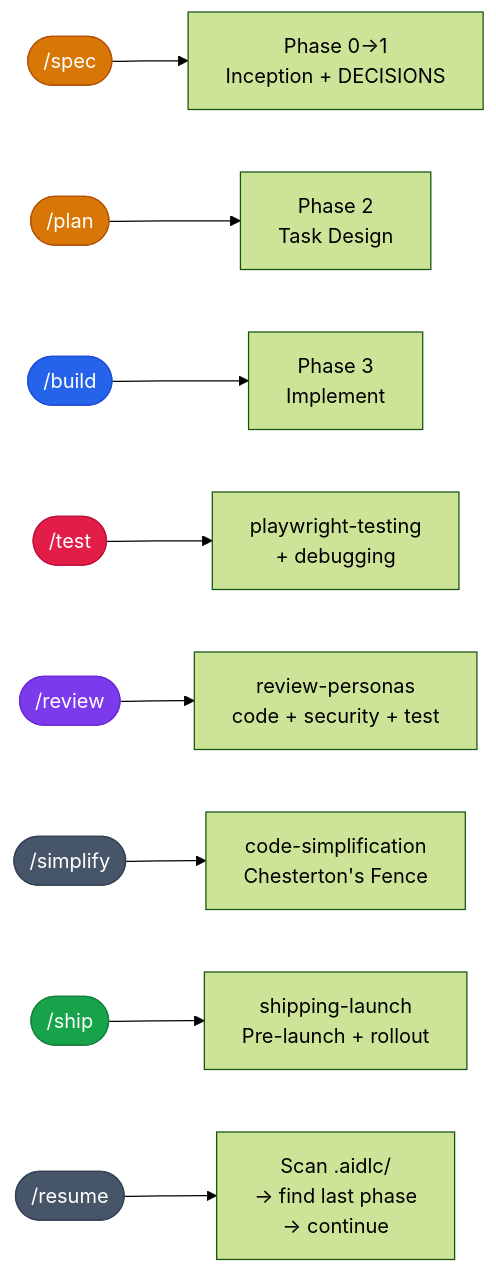
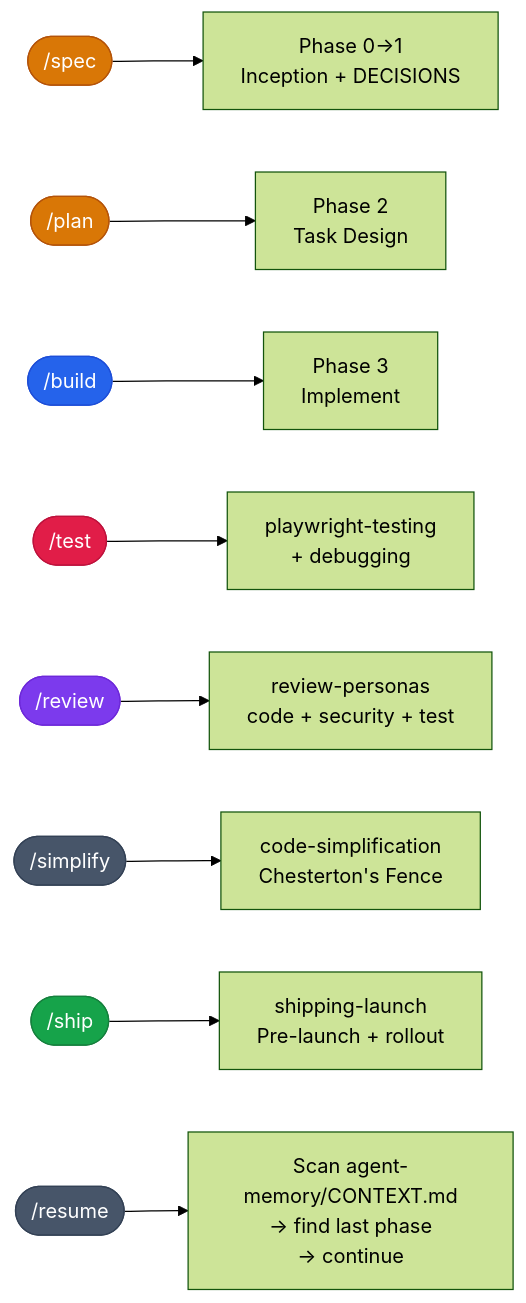
One commit to Vit129/skills changed diagram 11 of 11 in skills/aidlc/aidlc-flowchart.md. Above: the diagram before and after it, drawn with Mermaid (forest theme). The commit also changed other lines of this file and 62 other files, not shown here.

First line of the commit message:
feat: AIDLC single standard — all artifacts to agent-memory, no .aidlc/

````diff
--- a/skills/aidlc/aidlc-flowchart.md
+++ b/skills/aidlc/aidlc-flowchart.md
@@ -368,20 +368,20 @@
 ```mermaid
 flowchart LR
     Spec([/spec]) --> P01[Phase 0→1<br/>Inception + DECISIONS]
     Plan([/plan]) --> P2[Phase 2<br/>Task Design]
     Build([/build]) --> P3[Phase 3<br/>Implement]
     Test([/test]) --> QATest[playwright-testing<br/>+ debugging]
     Review([/review]) --> ReviewP[review-personas<br/>code + security + test]
     Simplify([/simplify]) --> CodeSimp[code-simplification<br/>Chesterton's Fence]
     Ship([/ship]) --> ShipL[shipping-launch<br/>Pre-launch + rollout]
-    Resume([/resume]) --> Scan[Scan .aidlc/<br/>→ find last phase<br/>→ continue]
+    Resume([/resume]) --> Scan[Scan agent-memory/CONTEXT.md<br/>→ find last phase<br/>→ continue]
 
     style Spec fill:#d97706,color:#fff,stroke:#b45309
     style Plan fill:#d97706,color:#fff,stroke:#b45309
     style Build fill:#2563eb,color:#fff,stroke:#1d4ed8
     style Test fill:#e11d48,color:#fff,stroke:#be123c
     style Review fill:#7c3aed,color:#fff,stroke:#6d28d9
     style Simplify fill:#475569,color:#fff,stroke:#334155
     style Ship fill:#16a34a,color:#fff,stroke:#15803d
     style Resume fill:#475569,color:#fff,stroke:#334155
 ```
````
